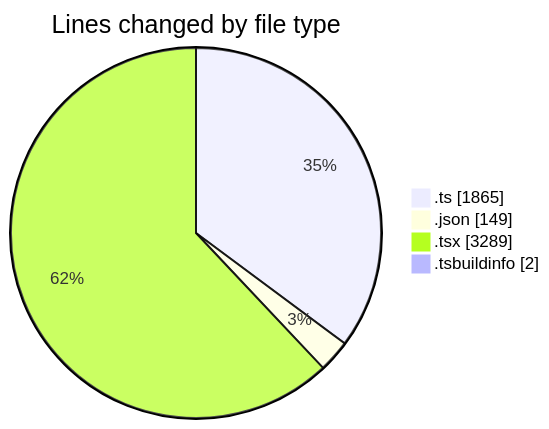
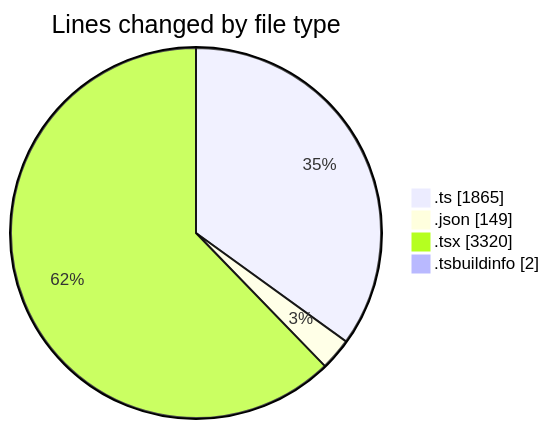
The first of 2 diagrams in 2025-02-20/mbc-web/README.md (robertbonfada/code-tracking), drawn with Mermaid before and after one commit. The commit also changed other lines of this file and 1 other file, not shown here.

````diff
--- a/2025-02-20/mbc-web/README.md
+++ b/2025-02-20/mbc-web/README.md
@@ -48,8 +48,8 @@
 ```mermaid
 pie showData
 title Lines changed by file type
 ".ts" : 1865
 ".json" : 149
-".tsx" : 3289
+".tsx" : 3320
 ".tsbuildinfo" : 2
 ```
````
